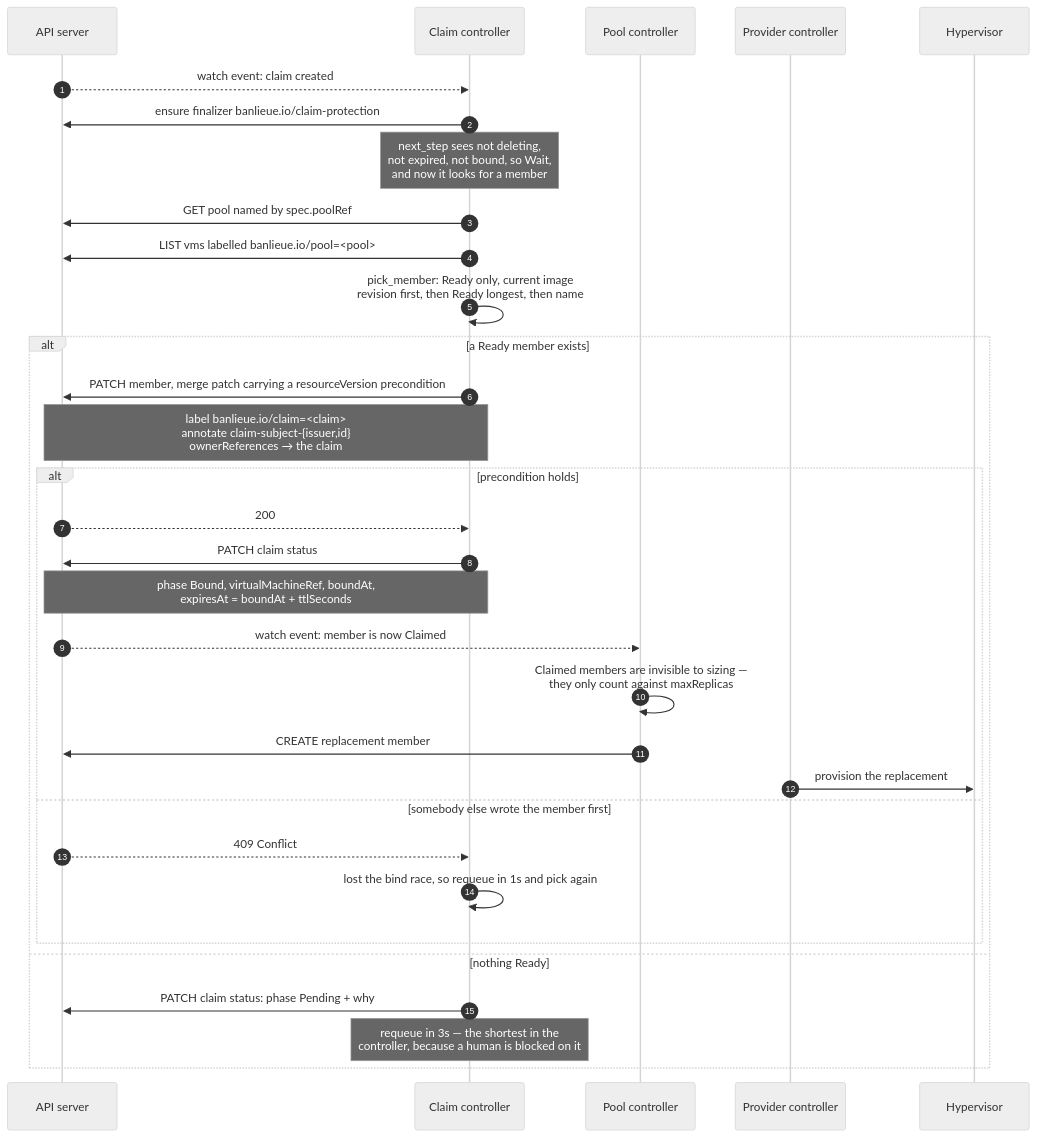
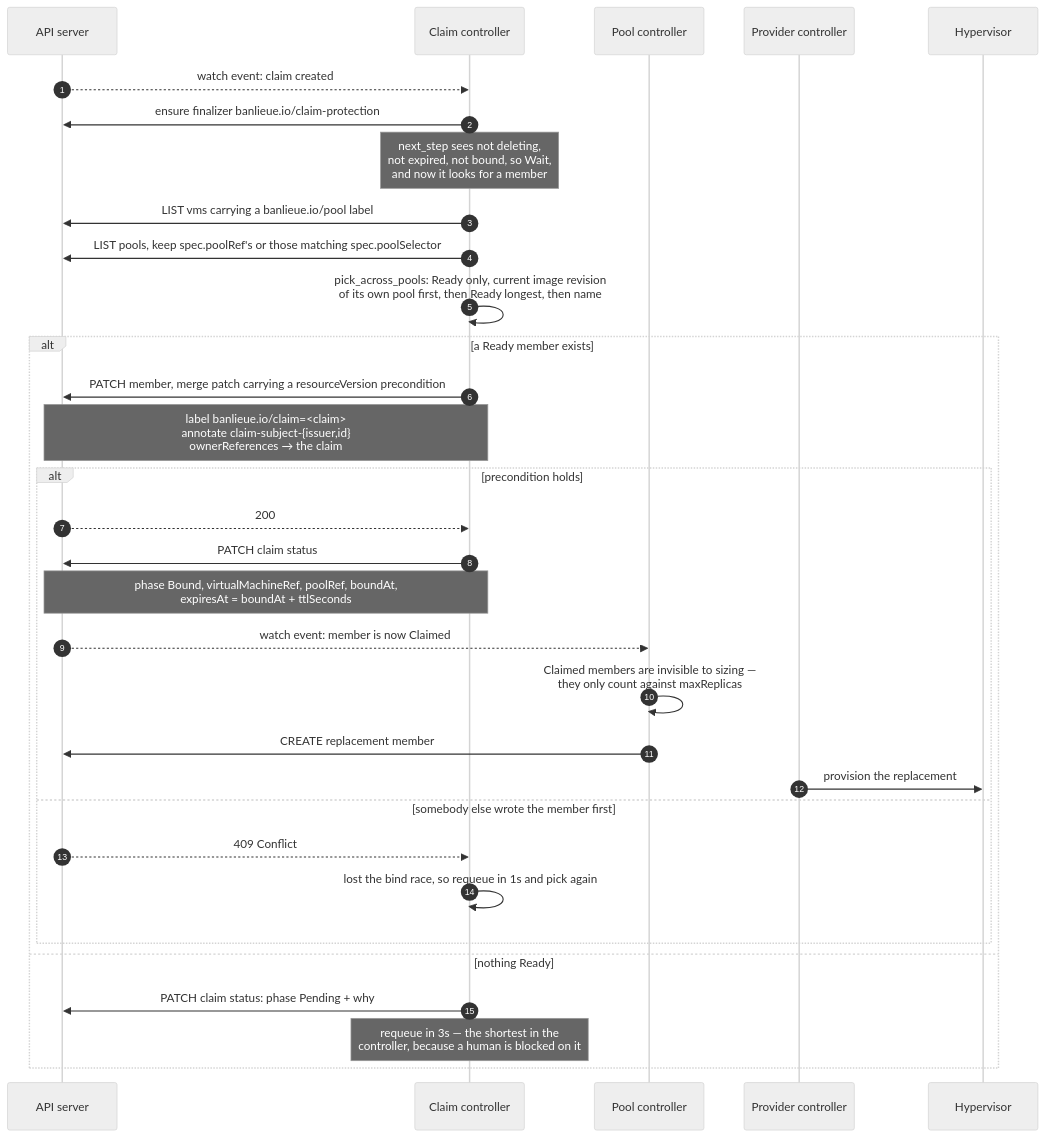
One commit to firestoned/banlieue changed the fifth of 11 diagrams in docs/src/concepts/virtualmachine-claim-flow.md. Above: the diagram before and after it, drawn with Mermaid (neutral theme). The commit also changed other lines of this file and 26 other files, not shown here.

First line of the commit message:
feat(claim): a VirtualMachineClaim may select its pool by label (ADR-0132, roadmap 17)

````diff
--- a/docs/src/concepts/virtualmachine-claim-flow.md
+++ b/docs/src/concepts/virtualmachine-claim-flow.md
@@ -226,39 +226,39 @@
 ```mermaid
 sequenceDiagram
     autonumber
     participant API as API server
     participant CC as Claim controller
     participant PC as Pool controller
     participant PROV as Provider controller
     participant HV as Hypervisor
 
     API-->>CC: watch event: claim created
     CC->>API: ensure finalizer banlieue.io/claim-protection
 
     Note over CC: next_step sees not deleting,<br/>not expired, not bound, so Wait,<br/>and now it looks for a member
 
-    CC->>API: GET pool named by spec.poolRef
-    CC->>API: LIST vms labelled banlieue.io/pool=<pool>
-    CC->>CC: pick_member: Ready only, current image<br/>revision first, then Ready longest, then name
+    CC->>API: LIST vms carrying a banlieue.io/pool label
+    CC->>API: LIST pools, keep spec.poolRef's or those matching spec.poolSelector
+    CC->>CC: pick_across_pools: Ready only, current image revision<br/>of its own pool first, then Ready longest, then name
 
     alt a Ready member exists
         CC->>API: PATCH member, merge patch carrying a resourceVersion precondition
         Note over CC,API: label banlieue.io/claim=<claim><br/>annotate claim-subject-{issuer,id}<br/>ownerReferences → the claim
 
         alt precondition holds
             API-->>CC: 200
             CC->>API: PATCH claim status
-            Note over CC,API: phase Bound, virtualMachineRef, boundAt,<br/>expiresAt = boundAt + ttlSeconds
+            Note over CC,API: phase Bound, virtualMachineRef, poolRef, boundAt,<br/>expiresAt = boundAt + ttlSeconds
             API-->>PC: watch event: member is now Claimed
             PC->>PC: Claimed members are invisible to sizing —<br/>they only count against maxReplicas
             PC->>API: CREATE replacement member
             PROV->>HV: provision the replacement
         else somebody else wrote the member first
             API-->>CC: 409 Conflict
             CC->>CC: lost the bind race, so requeue in 1s and pick again
         end
     else nothing Ready
         CC->>API: PATCH claim status: phase Pending + why
         Note over CC: requeue in 3s — the shortest in the<br/>controller, because a human is blocked on it
     end
 ```
````
